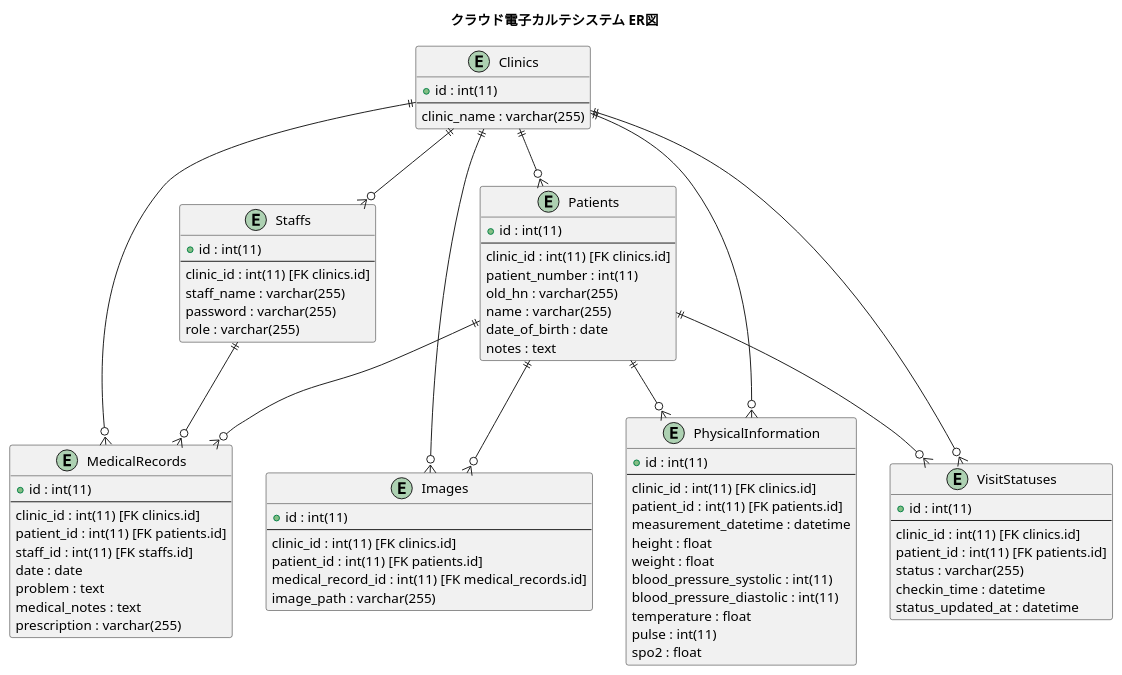
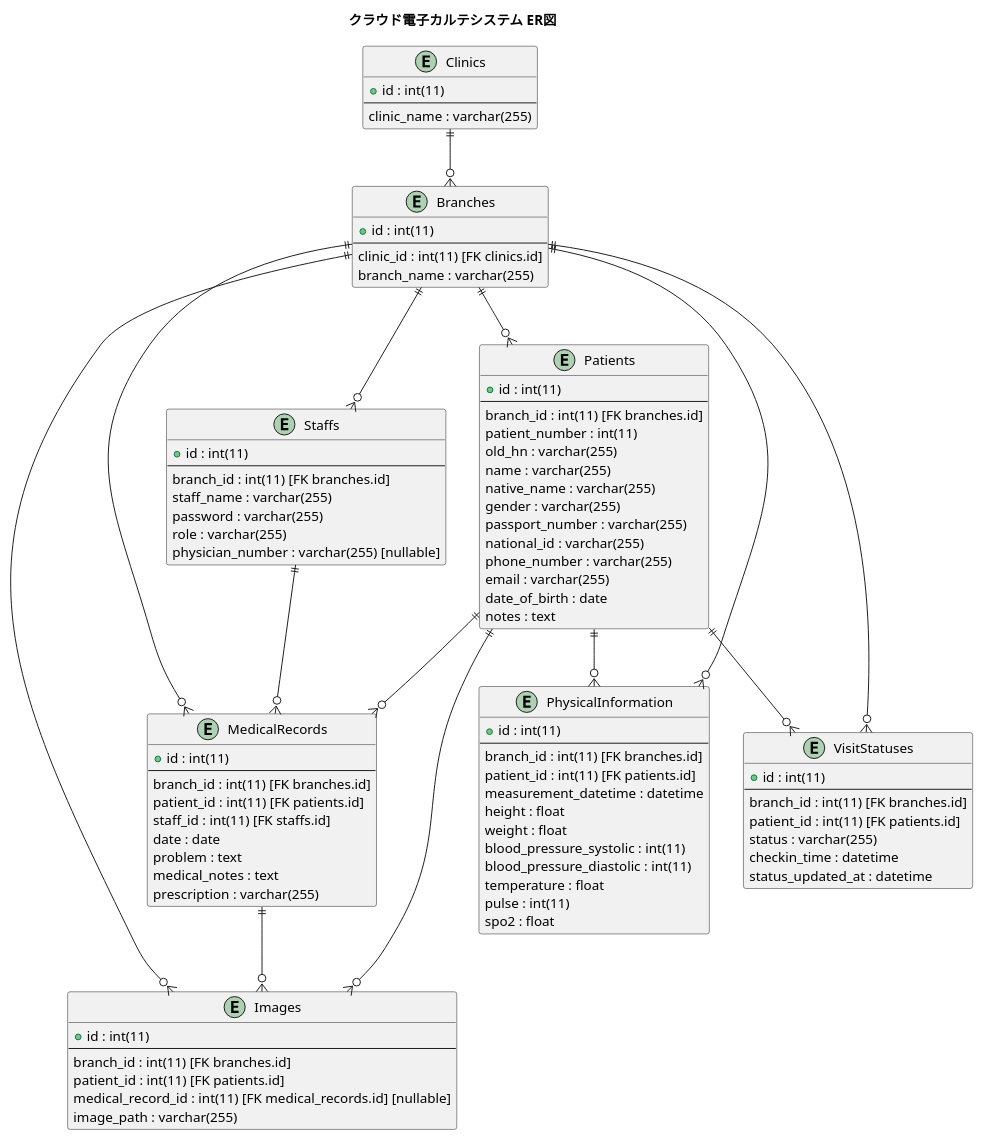
The diagram in documents/database.puml (kaneconet/MDX), drawn with PlantUML before and after one commit. The commit also changed 1 other file, not shown here.

Commit message:
Update database diagram

```diff
--- a/documents/database.puml
+++ b/documents/database.puml
@@ -1,88 +1,104 @@
 @startuml
 title クラウド電子カルテシステム ER図
 
 entity "Clinics" as clinics {
   + id : int(11)
   ---
   clinic_name : varchar(255)
 }
 
+entity "Branches" as branches {
+  + id : int(11)
+  ---
+  clinic_id : int(11) [FK clinics.id]
+  branch_name : varchar(255)
+}
+
 entity "Staffs" as staffs {
   + id : int(11)
   ---
-  clinic_id : int(11) [FK clinics.id]
+  branch_id : int(11) [FK branches.id]
   staff_name : varchar(255)
   password : varchar(255)
   role : varchar(255)
+  physician_number : varchar(255) [nullable]
 }
 
 entity "Patients" as patients {
   + id : int(11)
   ---
-  clinic_id : int(11) [FK clinics.id]
+  branch_id : int(11) [FK branches.id]
   patient_number : int(11)
   old_hn : varchar(255)
   name : varchar(255)
+  native_name : varchar(255)
+  gender : varchar(255)
+  passport_number : varchar(255)
+  national_id : varchar(255)
+  phone_number : varchar(255)
+  email : varchar(255)
   date_of_birth : date
   notes : text
 }
 
 entity "MedicalRecords" as medical_records {
   + id : int(11)
   ---
-  clinic_id : int(11) [FK clinics.id]
+  branch_id : int(11) [FK branches.id]
   patient_id : int(11) [FK patients.id]
   staff_id : int(11) [FK staffs.id]
   date : date
   problem : text
   medical_notes : text
   prescription : varchar(255)
 }
 
 entity "Images" as images {
   + id : int(11)
   ---
-  clinic_id : int(11) [FK clinics.id]
+  branch_id : int(11) [FK branches.id]
   patient_id : int(11) [FK patients.id]
-  medical_record_id : int(11) [FK medical_records.id]
+  medical_record_id : int(11) [FK medical_records.id] [nullable]
   image_path : varchar(255)
 }
 
 entity "PhysicalInformation" as physical_information {
   + id : int(11)
   ---
-  clinic_id : int(11) [FK clinics.id]
+  branch_id : int(11) [FK branches.id]
   patient_id : int(11) [FK patients.id]
   measurement_datetime : datetime
   height : float
   weight : float
   blood_pressure_systolic : int(11)
   blood_pressure_diastolic : int(11)
   temperature : float
   pulse : int(11)
   spo2 : float
 }
 
 entity "VisitStatuses" as visit_statuses {
   + id : int(11)
   ---
-  clinic_id : int(11) [FK clinics.id]
+  branch_id : int(11) [FK branches.id]
   patient_id : int(11) [FK patients.id]
   status : varchar(255)
   checkin_time : datetime
   status_updated_at : datetime
 }
 
-clinics ||--o{ staffs
-clinics ||--o{ patients
-clinics ||--o{ medical_records
-clinics ||--o{ images
-clinics ||--o{ physical_information
-clinics ||--o{ visit_statuses
+clinics ||--o{ branches
+branches ||--o{ staffs
+branches ||--o{ patients
+branches ||--o{ medical_records
+branches ||--o{ images
+branches ||--o{ physical_information
+branches ||--o{ visit_statuses
 staffs ||--o{ medical_records
 patients ||--o{ medical_records
+medical_records ||--o{ images
 patients ||--o{ images
 patients ||--o{ physical_information
 patients ||--o{ visit_statuses
 
 @enduml
```
